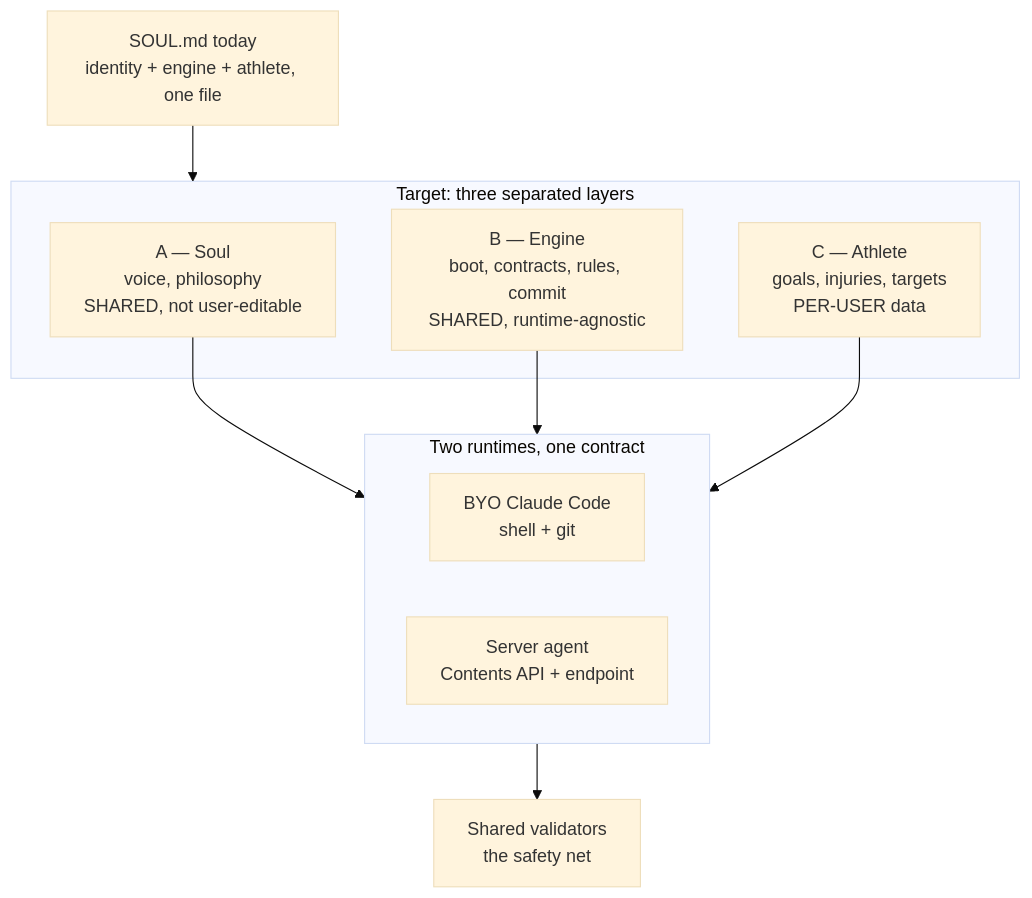
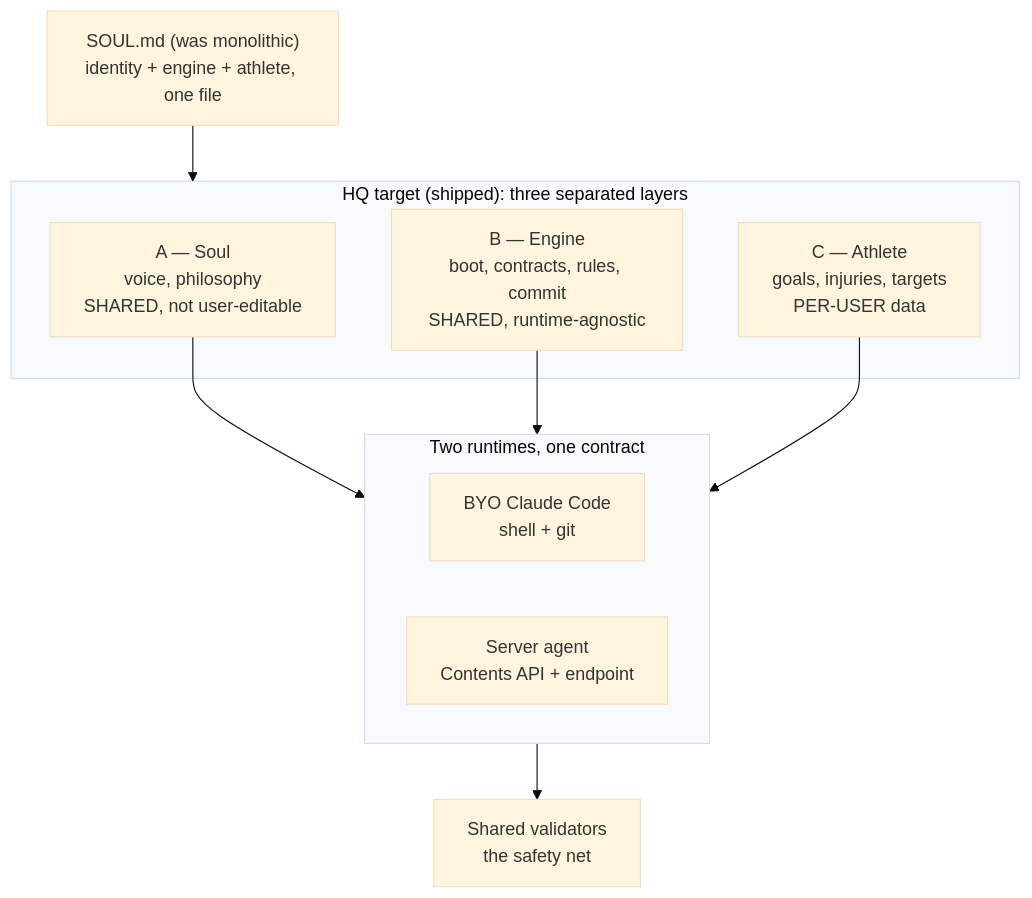
Before and after one commit to sibling-shipyard/coach-hq: the third of 7 diagrams in docs/scaling-plan.md, drawn with Mermaid (base theme). The commit also changed other lines of this file and 11 other files, not shown here.

First line of the commit message:
core: S3 soul split — reconcile consumer docs to layered soul

````diff
--- a/docs/scaling-plan.md
+++ b/docs/scaling-plan.md
@@ -148,17 +148,17 @@
 ```mermaid
 flowchart TB
-  monolith["SOUL.md today<br/>identity + engine + athlete, one file"] --> split
-  subgraph split["Target: three separated layers"]
+  monolith["SOUL.md (was monolithic)<br/>identity + engine + athlete, one file"] --> split
+  subgraph split["HQ target (shipped): three separated layers"]
     A["A — Soul<br/>voice, philosophy<br/>SHARED, not user-editable"]
     B["B — Engine<br/>boot, contracts, rules, commit<br/>SHARED, runtime-agnostic"]
     C["C — Athlete<br/>goals, injuries, targets<br/>PER-USER data"]
   end
   A --> runtimes
   B --> runtimes
   C --> runtimes
   subgraph runtimes["Two runtimes, one contract"]
     claude["BYO Claude Code<br/>shell + git"]
     srv["Server agent<br/>Contents API + endpoint"]
   end
   runtimes --> val["Shared validators<br/>the safety net"]
 ```
````
